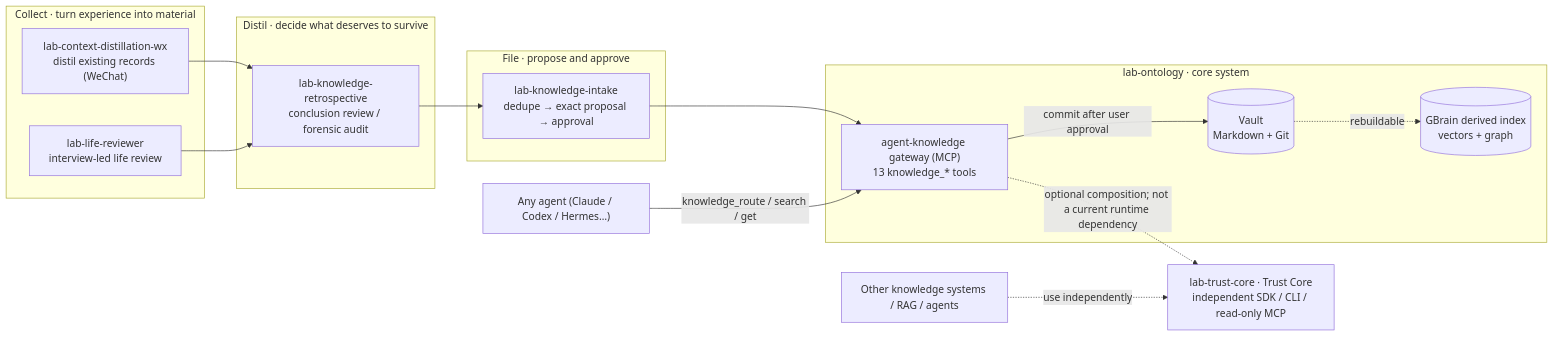
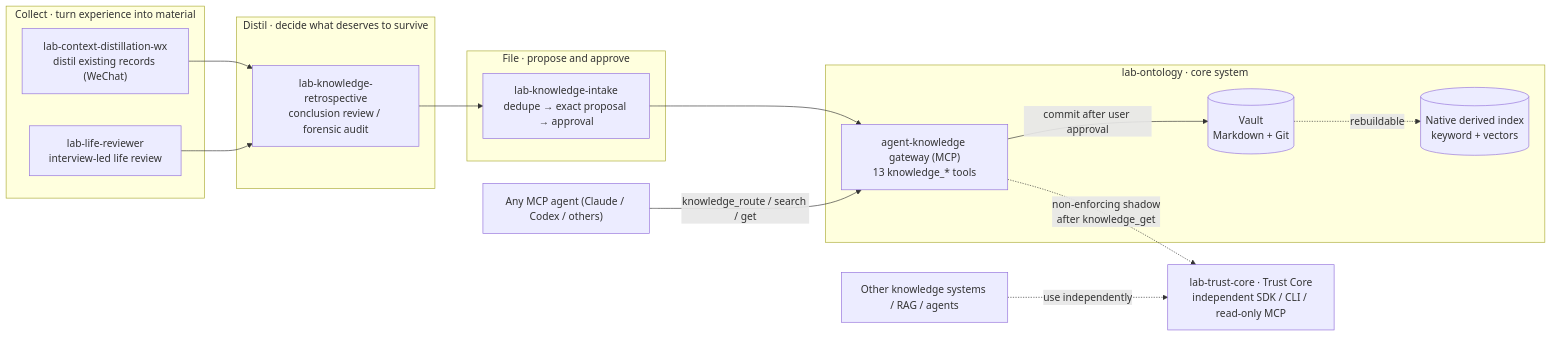
One commit to haorantang97/Personal-Ontology changed the diagram in README.en.md. Above: the diagram before and after it, drawn with Mermaid. The commit also changed other lines of this file and 51 other files, not shown here.

Commit message:
feat(ontology): publish native-only agent knowledge 1.8

````diff
--- a/README.en.md
+++ b/README.en.md
@@ -30,28 +30,28 @@
 ```mermaid
 flowchart LR
     subgraph Collect["Collect · turn experience into material"]
         CD["lab-context-distillation-wx<br/>distil existing records (WeChat)"]
         LR["lab-life-reviewer<br/>interview-led life review"]
     end
     subgraph Distil["Distil · decide what deserves to survive"]
         KR["lab-knowledge-retrospective<br/>conclusion review / forensic audit"]
     end
     subgraph File["File · propose and approve"]
         KI["lab-knowledge-intake<br/>dedupe → exact proposal → approval"]
     end
     subgraph System["lab-ontology · core system"]
         GW["agent-knowledge gateway (MCP)<br/>13 knowledge_* tools"]
         V[("Vault<br/>Markdown + Git")]
-        IX[("GBrain derived index<br/>vectors + graph")]
+        IX[("Native derived index<br/>keyword + vectors")]
     end
     CD --> KR
     LR --> KR
     KR --> KI
     KI --> GW
     GW -- "commit after user approval" --> V
     V -. "rebuildable" .-> IX
-    AG["Any agent (Claude / Codex / Hermes…)"] -- "knowledge_route / search / get" --> GW
+    AG["Any MCP agent (Claude / Codex / others)"] -- "knowledge_route / search / get" --> GW
     TC["lab-trust-core · Trust Core<br/>independent SDK / CLI / read-only MCP"]
-    GW -. "optional composition; not a current runtime dependency" .-> TC
+    GW -. "non-enforcing shadow<br/>after knowledge_get" .-> TC
     EXT["Other knowledge systems / RAG / agents"] -. "use independently" .-> TC
 ```
````
